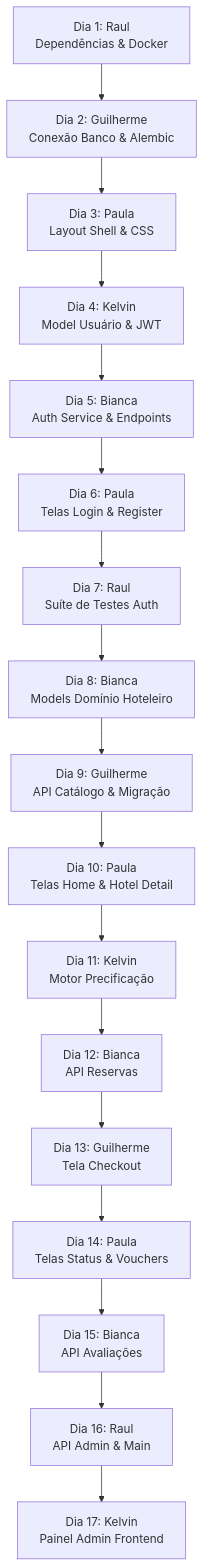
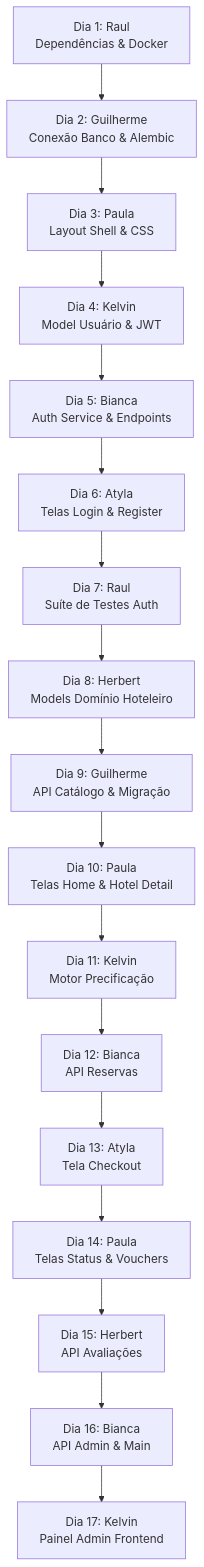
The diagram in Gestão do Projeto/05_playbook_execucao_diaria_equipe.md (prof-ronildo-unicatolica/est_web_2026_2_turma_b_bravo), drawn with Mermaid before and after one commit. The commit also changed other lines of this file and 4 other files, not shown here.

````diff
--- a/Gestão do Projeto/05_playbook_execucao_diaria_equipe.md
+++ b/Gestão do Projeto/05_playbook_execucao_diaria_equipe.md
@@ -63,19 +67,19 @@
 ```mermaid
 graph TD
     D1["Dia 1: Raul<br>Dependências & Docker"] --> D2["Dia 2: Guilherme<br>Conexão Banco & Alembic"]
     D2 --> D3["Dia 3: Paula<br>Layout Shell & CSS"]
     D3 --> D4["Dia 4: Kelvin<br>Model Usuário & JWT"]
     D4 --> D5["Dia 5: Bianca<br>Auth Service & Endpoints"]
-    D5 --> D6["Dia 6: Paula<br>Telas Login & Register"]
+    D5 --> D6["Dia 6: Atyla<br>Telas Login & Register"]
     D6 --> D7["Dia 7: Raul<br>Suíte de Testes Auth"]
-    D7 --> D8["Dia 8: Bianca<br>Models Domínio Hoteleiro"]
+    D7 --> D8["Dia 8: Herbert<br>Models Domínio Hoteleiro"]
     D8 --> D9["Dia 9: Guilherme<br>API Catálogo & Migração"]
     D9 --> D10["Dia 10: Paula<br>Telas Home & Hotel Detail"]
     D10 --> D11["Dia 11: Kelvin<br>Motor Precificação"]
     D11 --> D12["Dia 12: Bianca<br>API Reservas"]
-    D12 --> D13["Dia 13: Guilherme<br>Tela Checkout"]
+    D12 --> D13["Dia 13: Atyla<br>Tela Checkout"]
     D13 --> D14["Dia 14: Paula<br>Telas Status & Vouchers"]
-    D14 --> D15["Dia 15: Bianca<br>API Avaliações"]
-    D15 --> D16["Dia 16: Raul<br>API Admin & Main"]
+    D14 --> D15["Dia 15: Herbert<br>API Avaliações"]
+    D15 --> D16["Dia 16: Bianca<br>API Admin & Main"]
     D16 --> D17["Dia 17: Kelvin<br>Painel Admin Frontend"]
 ```
````
